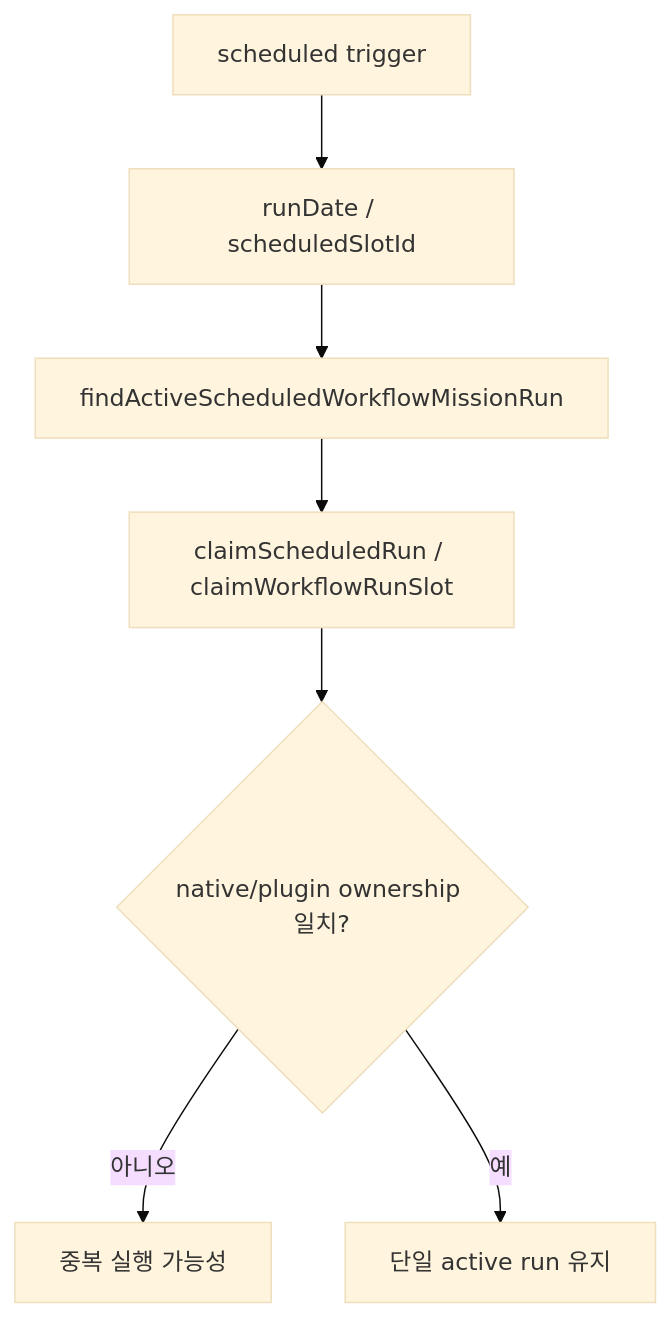
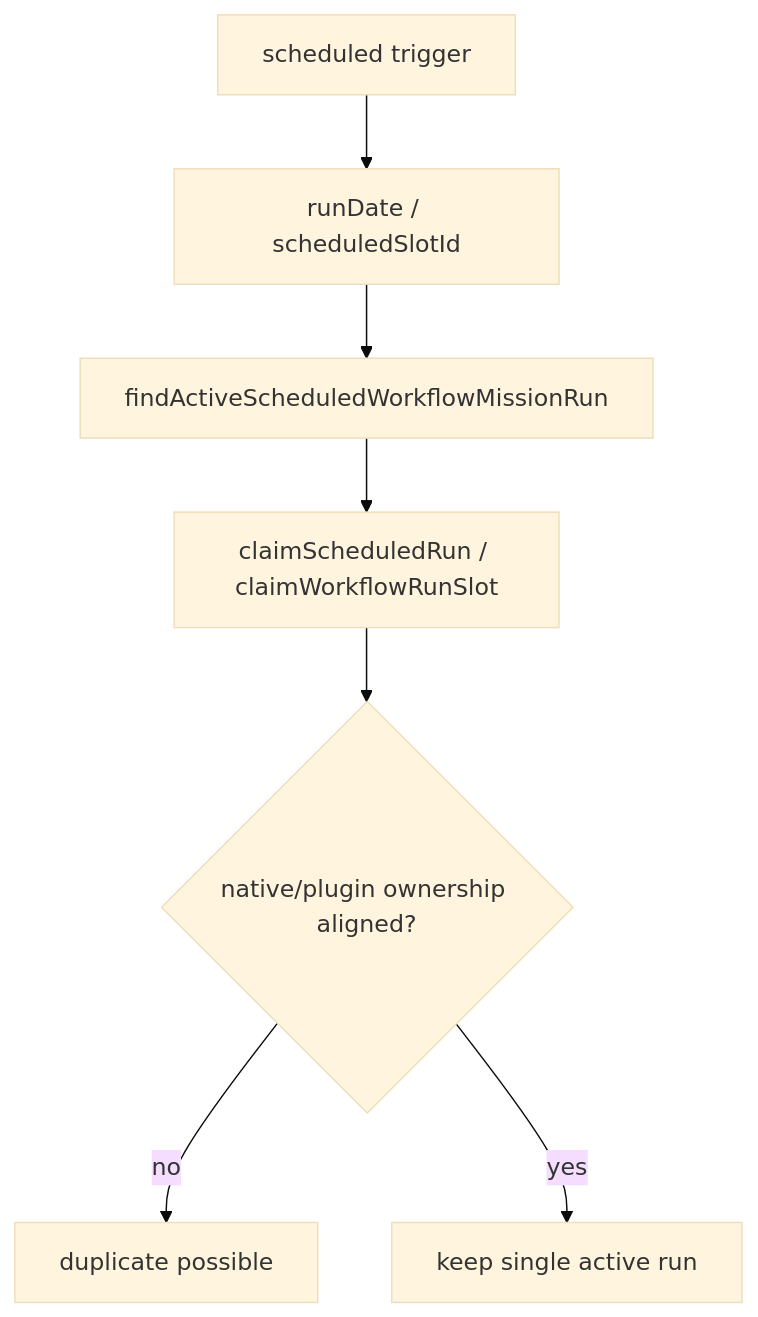
Before and after one commit to insightflo/papercompany-runtime: diagram 16 of 17 in docs/guides/agent-developer/mission-workflow-runtime.md, drawn with Mermaid (base theme). The commit also changed other lines of this file and 173 other files, not shown here.

````diff
--- a/docs/guides/agent-developer/mission-workflow-runtime.md
+++ b/docs/guides/agent-developer/mission-workflow-runtime.md
@@ -435,9 +384,9 @@
 ```mermaid
 flowchart TD
   Trigger["scheduled trigger"] --> Slot["runDate / scheduledSlotId"]
   Slot --> Guard["findActiveScheduledWorkflowMissionRun"]
   Guard --> Claim["claimScheduledRun / claimWorkflowRunSlot"]
-  Claim --> Ownership{"native/plugin ownership 일치?"}
-  Ownership -- 아니오 --> Dup["중복 실행 가능성"]
-  Ownership -- 예 --> Single["단일 active run 유지"]
+  Claim --> Ownership{"native/plugin ownership aligned?"}
+  Ownership -- no --> Dup["duplicate possible"]
+  Ownership -- yes --> Single["keep single active run"]
 ```
````
